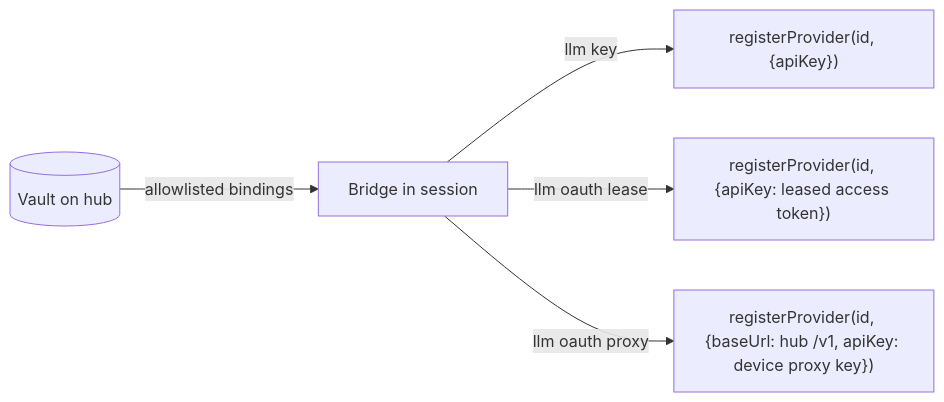
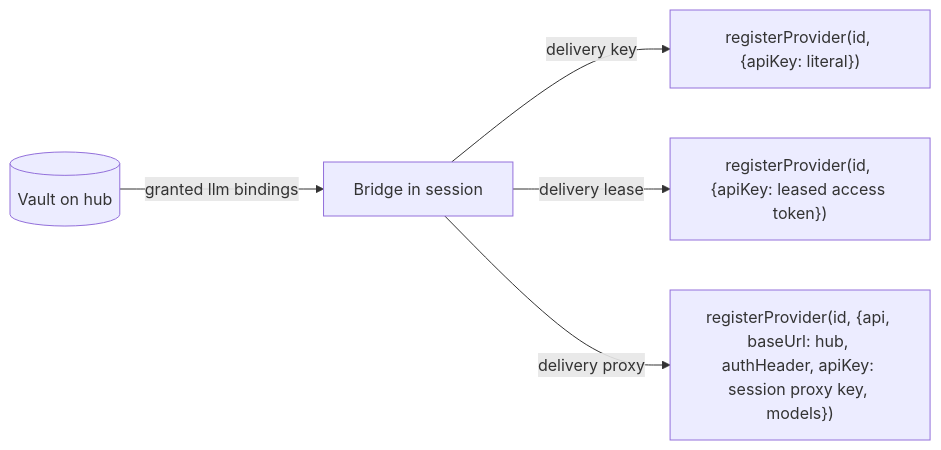
One commit to BlackBeltTechnology/pi-agent-dashboard changed the second of 2 diagrams in openspec/changes/add-vault-llm-delivery/design.md. Above: the diagram before and after it, drawn with Mermaid. The commit also changed other lines of this file and 8 other files, not shown here.

First line of the commit message:
openspec(add-vault-llm-delivery): plan — realigned to foundation, 3 doubt-review cycles, test-plan manifest, folded tasks

````diff
--- a/openspec/changes/add-vault-llm-delivery/design.md
+++ b/openspec/changes/add-vault-llm-delivery/design.md
@@ -74,7 +126,7 @@
 ```mermaid
 flowchart LR
-  V[(Vault on hub)] -->|allowlisted bindings| B[Bridge in session]
-  B -->|llm key| R1["registerProvider(id, {apiKey})"]
-  B -->|llm oauth lease| R2["registerProvider(id, {apiKey: leased access token})"]
-  B -->|llm oauth proxy| R3["registerProvider(id, {baseUrl: hub /v1, apiKey: device proxy key})"]
+  V[(Vault on hub)] -->|granted llm bindings| B[Bridge in session]
+  B -->|delivery key| R1["registerProvider(id, {apiKey: literal})"]
+  B -->|delivery lease| R2["registerProvider(id, {apiKey: leased access token})"]
+  B -->|delivery proxy| R3["registerProvider(id, {api, baseUrl: hub, authHeader, apiKey: session proxy key, models})"]
 ```
````
